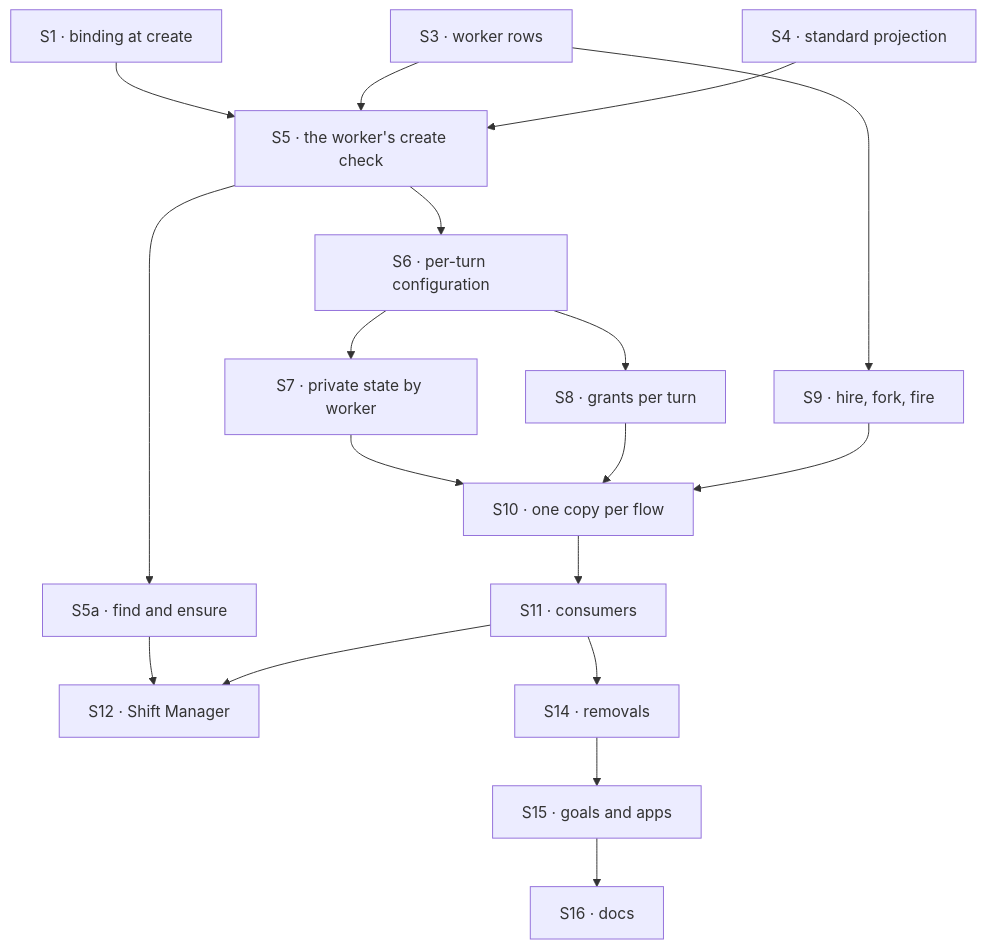
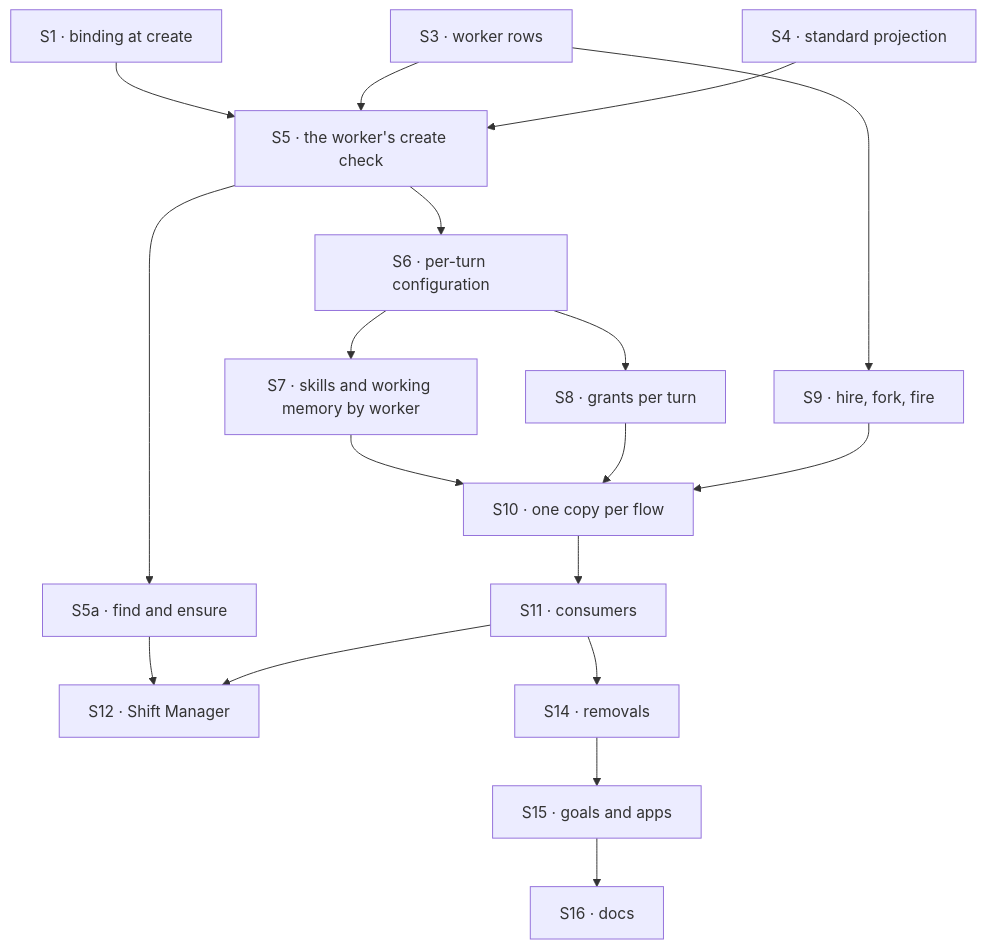
The diagram in specs/issues/FIX-1788/PLAN.md (fixpoint-labs/flow-state-dev), drawn with Mermaid before and after one commit. The commit also changed other lines of this file and 3 other files, not shown here.

````diff
--- a/specs/issues/FIX-1788/PLAN.md
+++ b/specs/issues/FIX-1788/PLAN.md
@@ -40,20 +40,20 @@
 ```mermaid
 flowchart TD
   S1["S1 · binding at create"] --> S5["S5 · the worker's create check"]
   S3["S3 · worker rows"] --> S5
   S4["S4 · standard projection"] --> S5
   S5 --> S5a["S5a · find and ensure"]
   S5a --> S12
   S5 --> S6["S6 · per-turn configuration"]
-  S6 --> S7["S7 · private state by worker"]
+  S6 --> S7["S7 · skills and working memory by worker"]
   S6 --> S8["S8 · grants per turn"]
   S3 --> S9["S9 · hire, fork, fire"]
   S7 --> S10["S10 · one copy per flow"]
   S8 --> S10
   S9 --> S10
   S10 --> S11["S11 · consumers"]
   S11 --> S12["S12 · Shift Manager"]
   S11 --> S14["S14 · removals"]
   S14 --> S15["S15 · goals and apps"]
   S15 --> S16["S16 · docs"]
 ```
````
